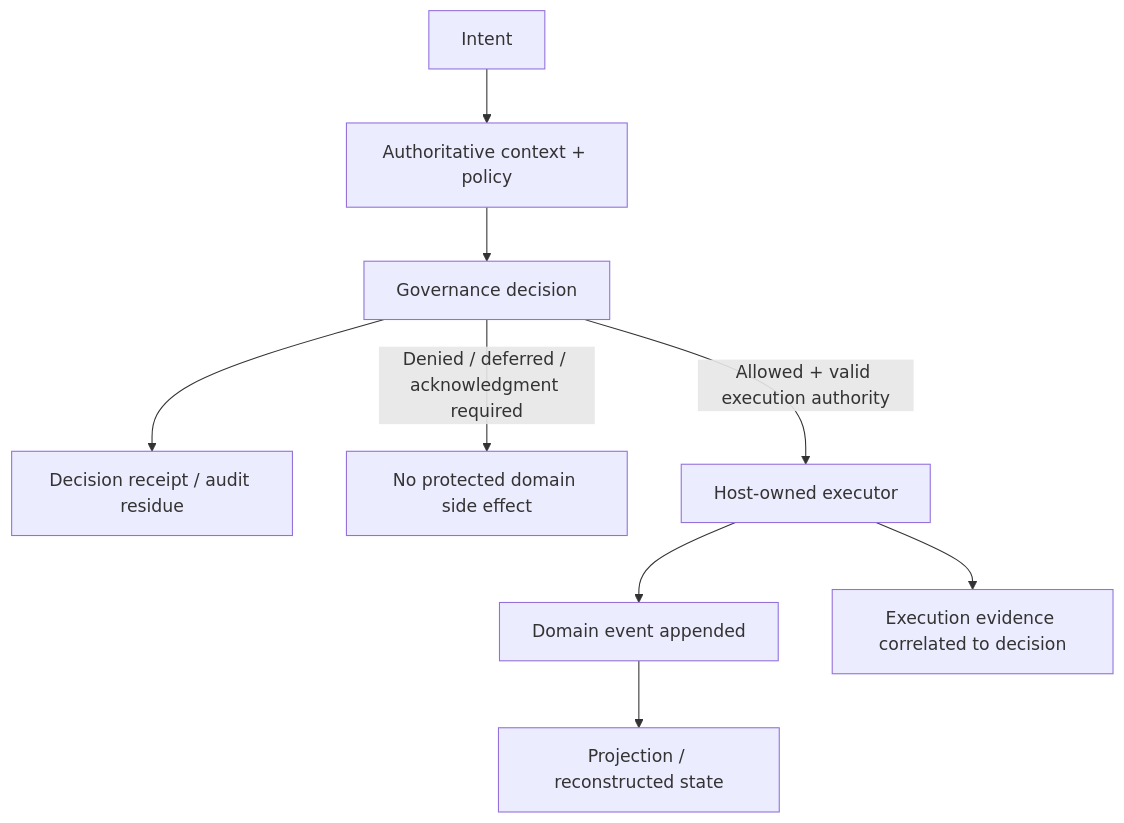
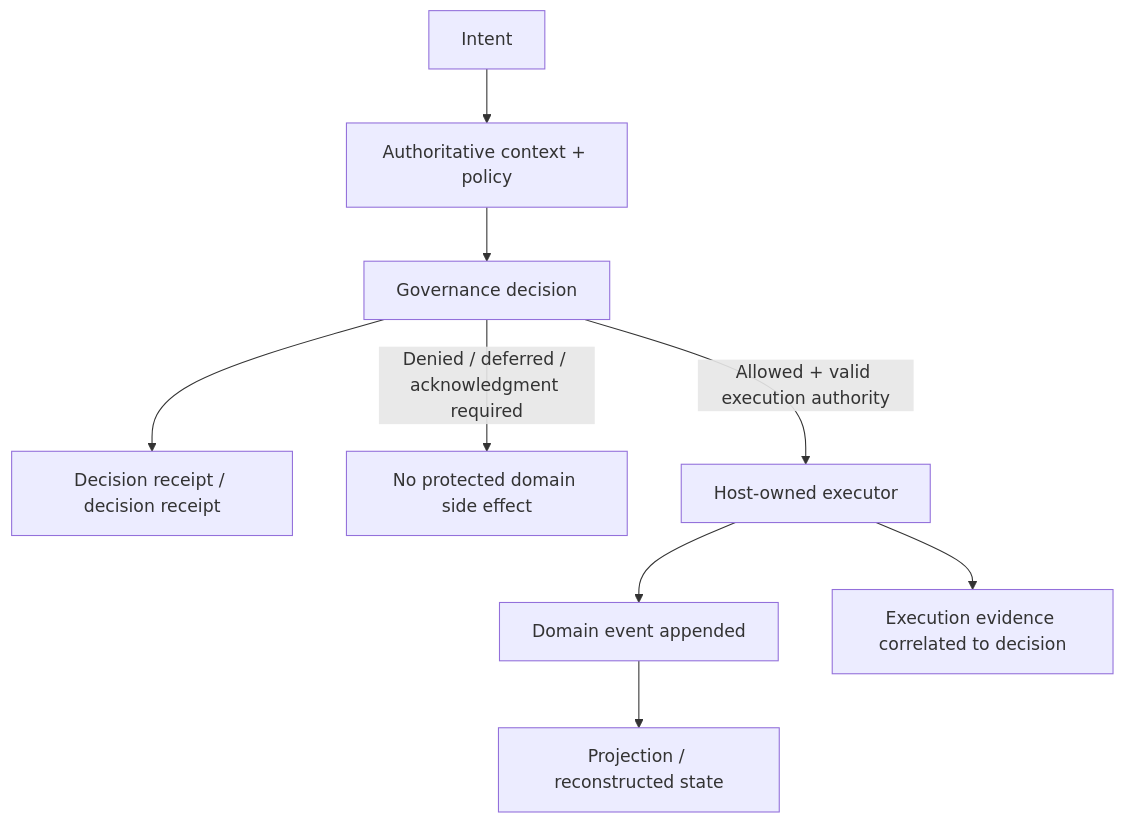
Before and after one commit to AsiBackbone/Learning: the diagram in docs/architecture/event-sourcing-audit-trails-and-governance-decision-provenance.md, drawn with Mermaid. The commit also changed other lines of this file and 145 other files, not shown here.

````diff
--- a/docs/architecture/event-sourcing-audit-trails-and-governance-decision-provenance.md
+++ b/docs/architecture/event-sourcing-audit-trails-and-governance-decision-provenance.md
@@ -90,11 +90,11 @@
 ```mermaid
 flowchart TD
     A["Intent"] --> B["Authoritative context + policy"]
     B --> C["Governance decision"]
-    C --> D["Decision receipt / audit residue"]
+    C --> D["Decision receipt / decision receipt"]
     C -->|"Denied / deferred / acknowledgment required"| E["No protected domain side effect"]
     C -->|"Allowed + valid execution authority"| F["Host-owned executor"]
     F --> G["Domain event appended"]
     G --> H["Projection / reconstructed state"]
     F --> I["Execution evidence correlated to decision"]
 ```
````
